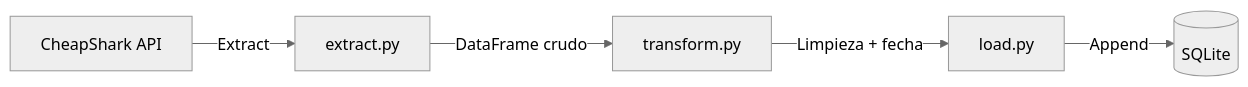
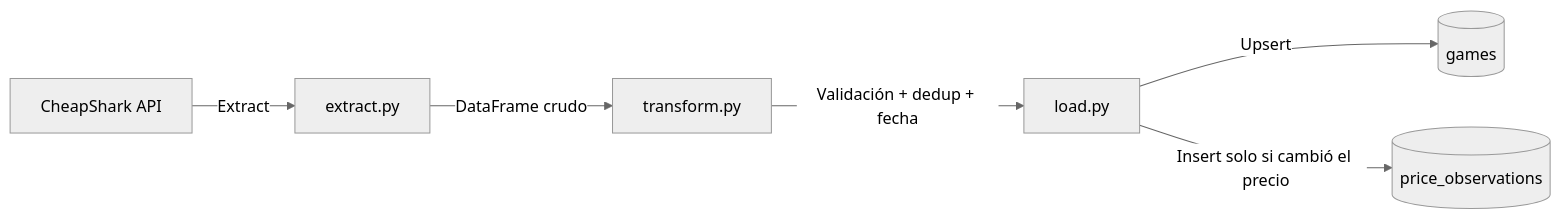
The diagram in README.md (FedeAntonini/gamedeals-pipeline), drawn with Mermaid (neutral theme) before and after one commit. The commit also changed other lines of this file, not shown here.

````diff
--- a/README.md
+++ b/README.md
@@ -7,7 +7,8 @@
 ```mermaid
 graph LR
     A[CheapShark API] -->|Extract| B[extract.py]
     B -->|DataFrame crudo| C[transform.py]
-    C -->|Limpieza + fecha| D[load.py]
-    D -->|Append| E[(SQLite)]
+    C -->|Validación + dedup + fecha| D[load.py]
+    D -->|Upsert| E[(games)]
+    D -->|Insert solo si cambió el precio| F[(price_observations)]
 ```
````
